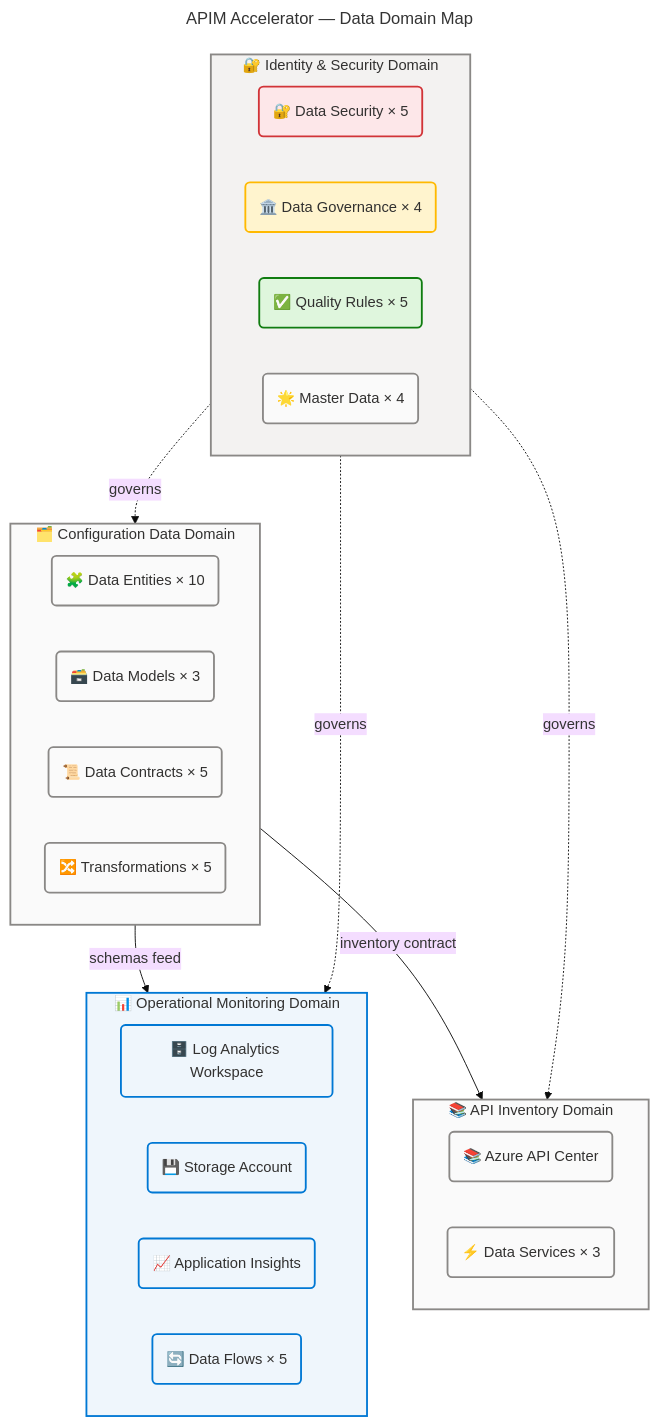
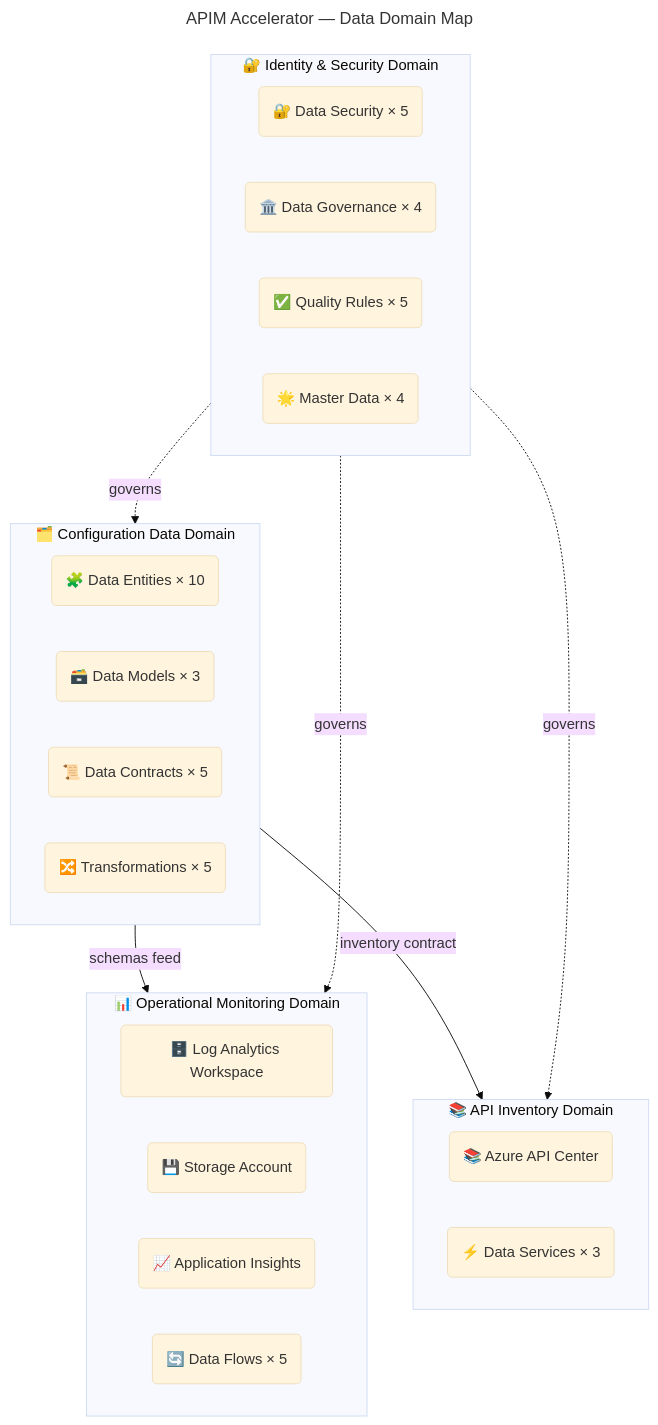
One commit to Evilazaro/APIM-Accelerator changed the first of 4 diagrams in docs/architecture/data-architecture.md. Above: the diagram before and after it, drawn with Mermaid. The commit also changed other lines of this file and 1 other file, not shown here.

Commit message:
style: remove redundant comments and streamline flowchart styles for clarity in data architecture documentation

````diff
--- a/docs/architecture/data-architecture.md
+++ b/docs/architecture/data-architecture.md
@@ -256,70 +160,52 @@
 ```mermaid
 ---
 title: "APIM Accelerator — Data Domain Map"
 config:
   theme: base
   look: classic
   layout: dagre
   themeVariables:
     fontSize: '16px'
   flowchart:
     htmlLabels: true
 ---
 flowchart TB
     accTitle: APIM Accelerator Data Domain Map
     accDescr: High-level taxonomy of the four data domains showing component types within each domain and cross-domain governance relationships
 
-    %% ═══════════════════════════════════════════════════════════════════════════
-    %% AZURE / FLUENT ARCHITECTURE PATTERN v1.1
-    %% (Semantic + Structural + Font + Accessibility Governance)
-    %% ═══════════════════════════════════════════════════════════════════════════
-    %% PHASE 1 - FLUENT UI: All styling uses approved Fluent UI palette only
-    %% PHASE 2 - GROUPS: Every subgraph has semantic color via style directive
-    %% PHASE 3 - COMPONENTS: Every node has semantic classDef + icon prefix
-    %% PHASE 4 - ACCESSIBILITY: accTitle/accDescr present, WCAG AA contrast
-    %% PHASE 5 - STANDARD: Governance block present, classDefs centralized
-    %% ═══════════════════════════════════════════════════════════════════════════
+
 
     subgraph cfgdomain["🗂️ Configuration Data Domain"]
         CFG1("🧩 Data Entities × 10"):::neutral
         CFG2("🗃️ Data Models × 3"):::neutral
         CFG3("📜 Data Contracts × 5"):::neutral
         CFG4("🔀 Transformations × 5"):::neutral
     end
 
     subgraph opsdomain["📊 Operational Monitoring Domain"]
         OPS1("🗄️ Log Analytics Workspace"):::core
         OPS2("💾 Storage Account"):::core
         OPS3("📈 Application Insights"):::core
         OPS4("🔄 Data Flows × 5"):::core
     end
 
     subgraph invdomain["📚 API Inventory Domain"]
         INV1("📚 Azure API Center"):::neutral
         INV2("⚡ Data Services × 3"):::neutral
     end
 
     subgraph secdomain["🔐 Identity & Security Domain"]
         SEC1("🔐 Data Security × 5"):::danger
         SEC2("🏛️ Data Governance × 4"):::warning
         SEC3("✅ Quality Rules × 5"):::success
         SEC4("🌟 Master Data × 4"):::neutral
     end
 
     cfgdomain -->|"schemas feed"| opsdomain
     cfgdomain -->|"inventory contract"| invdomain
     secdomain -.->|"governs"| cfgdomain
     secdomain -.->|"governs"| opsdomain
     secdomain -.->|"governs"| invdomain
 
-    classDef core fill:#EFF6FC,stroke:#0078D4,stroke-width:2px,color:#323130
-    classDef neutral fill:#FAFAFA,stroke:#8A8886,stroke-width:2px,color:#323130
-    classDef success fill:#DFF6DD,stroke:#107C10,stroke-width:2px,color:#323130
-    classDef warning fill:#FFF4CE,stroke:#FFB900,stroke-width:2px,color:#323130
-    classDef danger fill:#FDE7E9,stroke:#D13438,stroke-width:2px,color:#323130
 
-    style cfgdomain fill:#FAFAFA,stroke:#8A8886,stroke-width:2px,color:#323130
-    style opsdomain fill:#EFF6FC,stroke:#0078D4,stroke-width:2px,color:#323130
-    style invdomain fill:#FAFAFA,stroke:#8A8886,stroke-width:2px,color:#323130
-    style secdomain fill:#F3F2F1,stroke:#8A8886,stroke-width:2px,color:#323130
 ```
````
